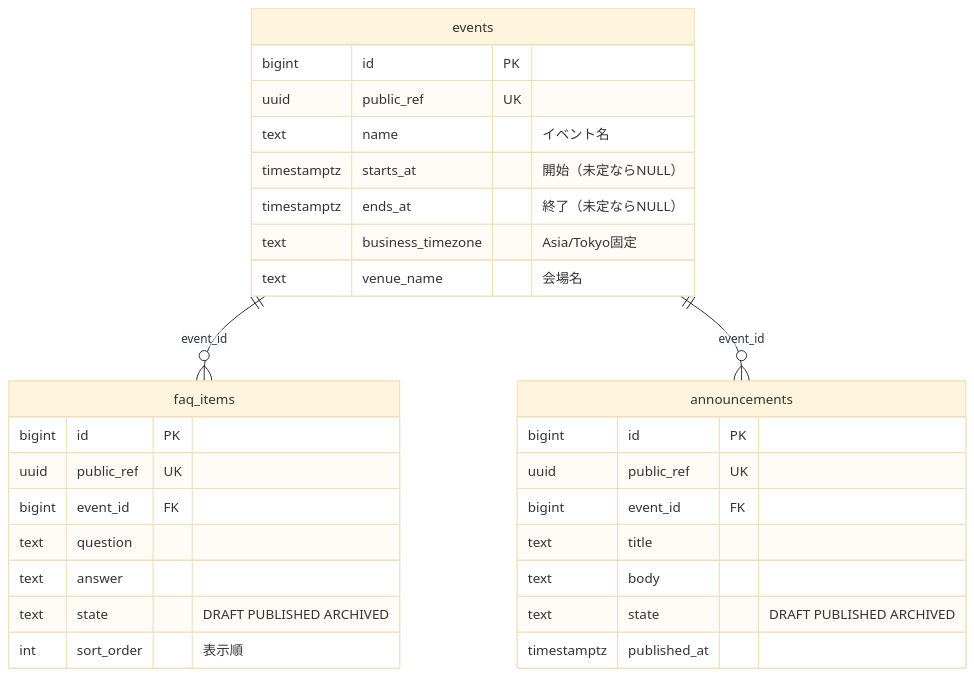
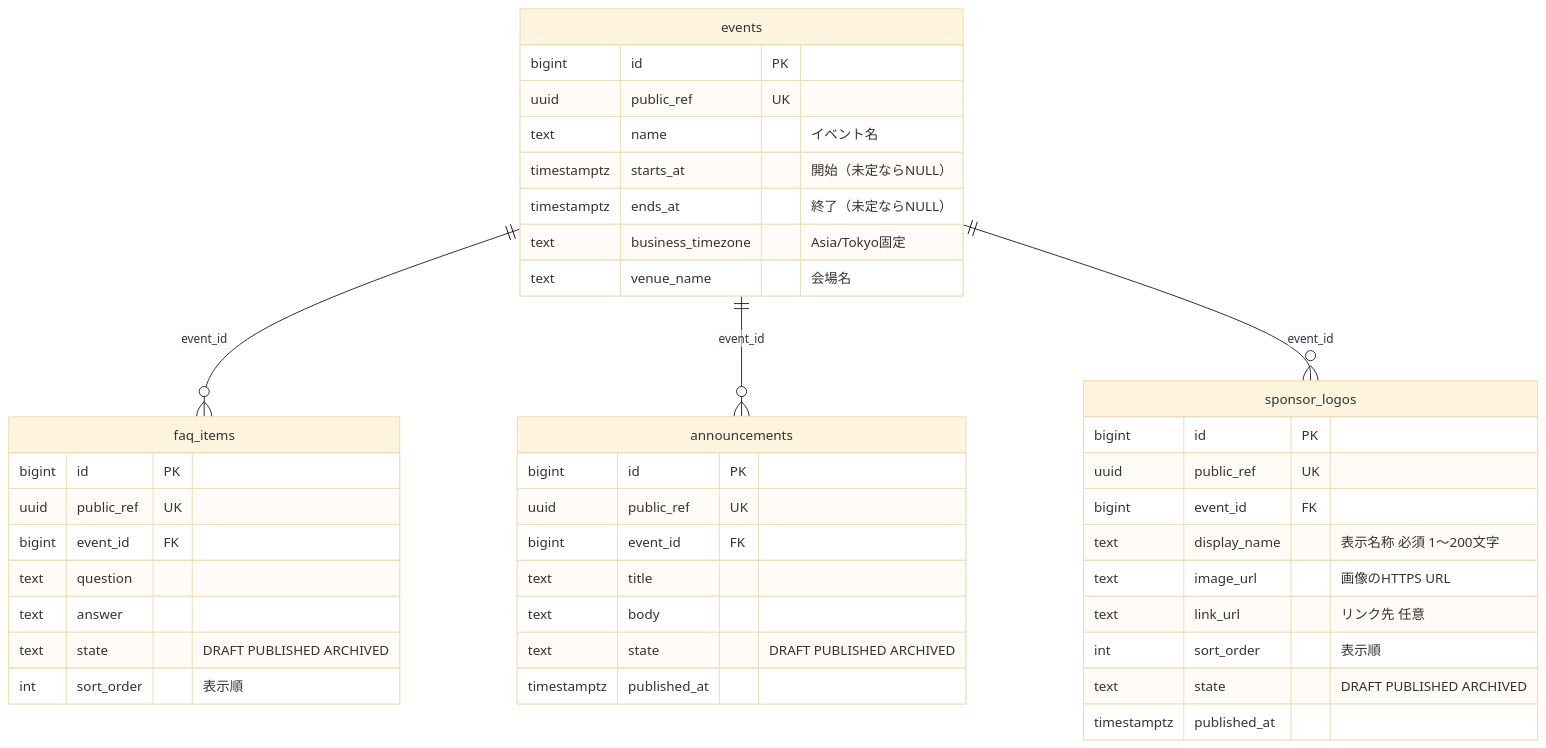
Before and after one commit to HayatoFukami/off-r39x: the third of 11 diagrams in docs/drafts/er-diagram.md, drawn with Mermaid (base theme). The commit also changed other lines of this file and 4 other files, not shown here.

````diff
--- a/docs/drafts/er-diagram.md
+++ b/docs/drafts/er-diagram.md
@@ -183,33 +184,45 @@
 ```mermaid
 erDiagram
     events ||--o{ faq_items : "event_id"
     events ||--o{ announcements : "event_id"
+    events ||--o{ sponsor_logos : "event_id"
 
     events {
         bigint id PK
         uuid public_ref UK
         text name "イベント名"
         timestamptz starts_at "開始（未定ならNULL）"
         timestamptz ends_at "終了（未定ならNULL）"
         text business_timezone "Asia/Tokyo固定"
         text venue_name "会場名"
     }
     faq_items {
         bigint id PK
         uuid public_ref UK
         bigint event_id FK
         text question
         text answer
         text state "DRAFT PUBLISHED ARCHIVED"
         int sort_order "表示順"
     }
     announcements {
         bigint id PK
         uuid public_ref UK
         bigint event_id FK
         text title
         text body
         text state "DRAFT PUBLISHED ARCHIVED"
         timestamptz published_at
     }
+    sponsor_logos {
+        bigint id PK
+        uuid public_ref UK
+        bigint event_id FK
+        text display_name "表示名称 必須 1〜200文字"
+        text image_url "画像のHTTPS URL"
+        text link_url "リンク先 任意"
+        int sort_order "表示順"
+        text state "DRAFT PUBLISHED ARCHIVED"
+        timestamptz published_at
+    }
 ```
````
